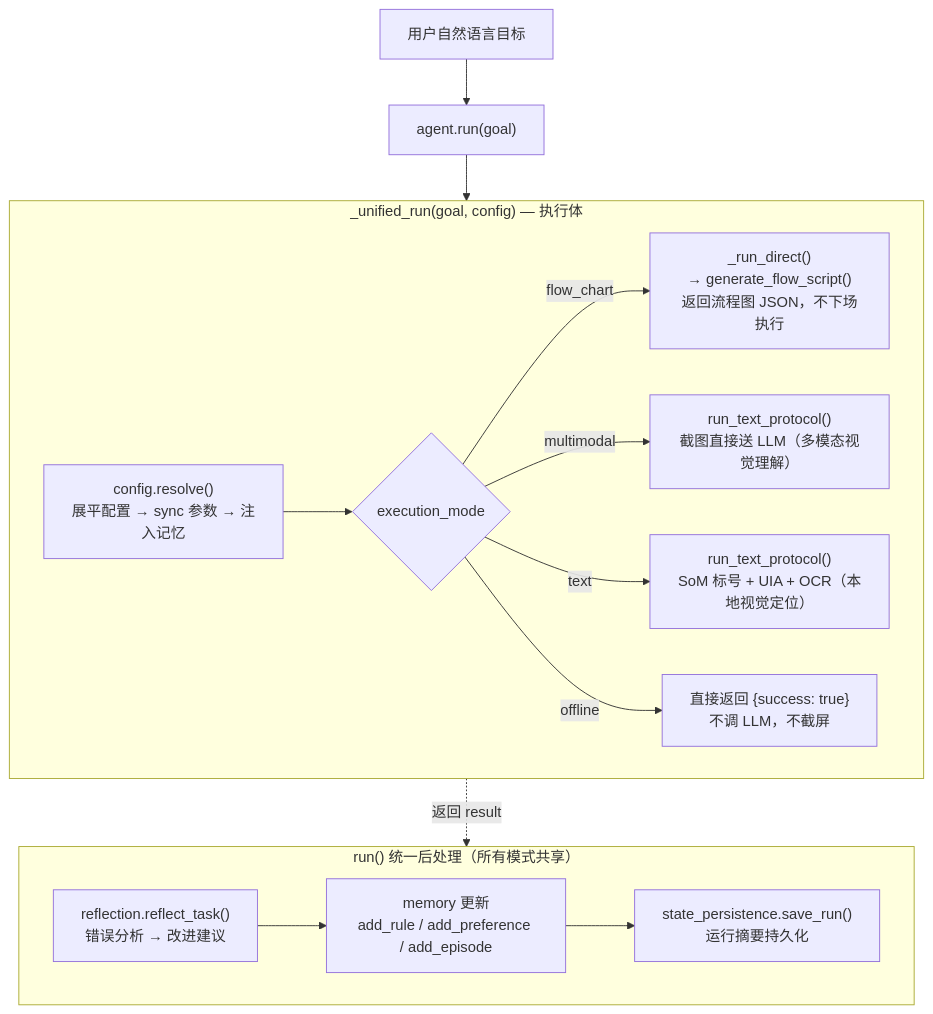
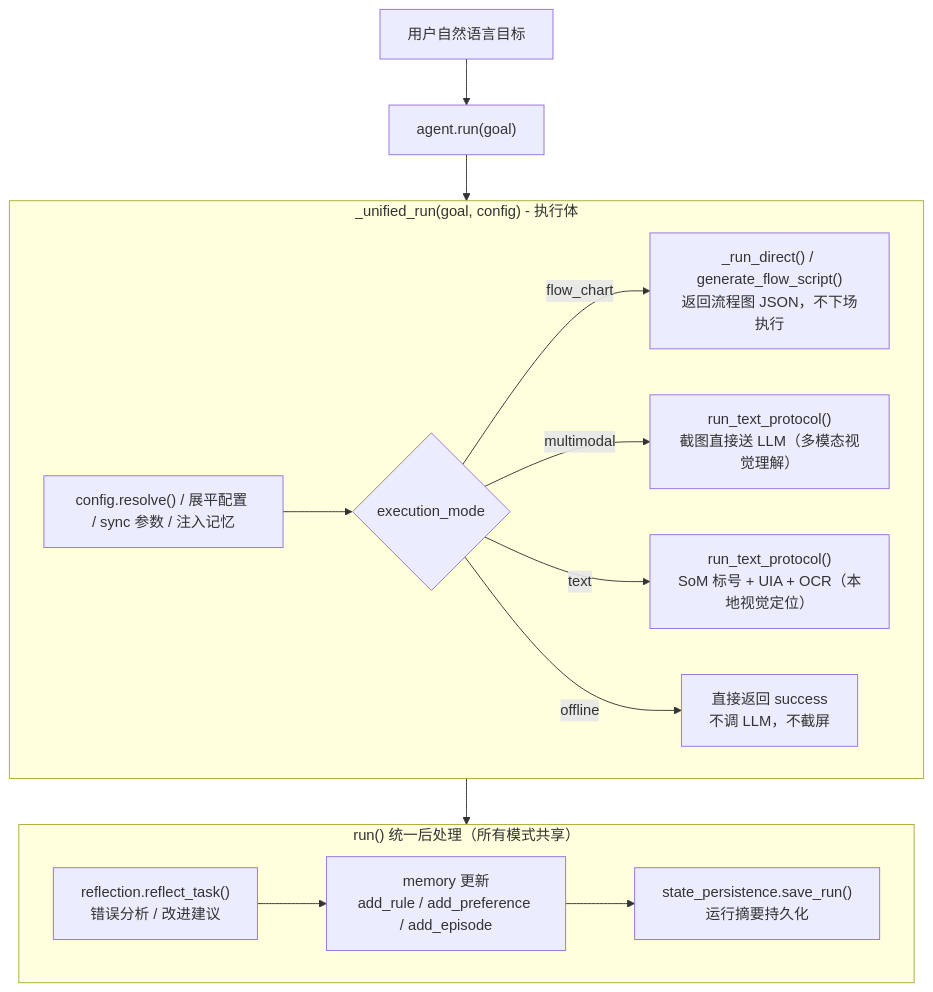
One commit to zoujiapeng/lingdong-script changed the first of 5 diagrams in docs/agent-runtime.md. Above: the diagram before and after it, drawn with Mermaid.

Commit message:
fix: mermaid图花括号导致GitHub渲染失败

````diff
--- a/docs/agent-runtime.md
+++ b/docs/agent-runtime.md
@@ -10,23 +10,24 @@
 ```mermaid
 graph TB
     User["用户自然语言目标"] --> Run["agent.run(goal)"]
 
-    subgraph UR["_unified_run(goal, config) — 执行体"]
-        S["config.resolve()<br/>展平配置 → sync 参数 → 注入记忆"]
+    subgraph UR["_unified_run(goal, config) - 执行体"]
+        S["config.resolve() / 展平配置 / sync 参数 / 注入记忆"]
         D{"execution_mode"}
         S --> D
-        D -->|flow_chart| FC["_run_direct()<br/>→ generate_flow_script()<br/>返回流程图 JSON，不下场执行"]
+        D -->|flow_chart| FC["_run_direct() / generate_flow_script()<br/>返回流程图 JSON，不下场执行"]
         D -->|multimodal| MM["run_text_protocol()<br/>截图直接送 LLM（多模态视觉理解）"]
         D -->|text| TX["run_text_protocol()<br/>SoM 标号 + UIA + OCR（本地视觉定位）"]
-        D -->|offline| OFF["直接返回 {success: true}<br/>不调 LLM，不截屏"]
+        D -->|offline| OFF["直接返回 success<br/>不调 LLM，不截屏"]
     end
 
     subgraph PT["run() 统一后处理（所有模式共享）"]
-        P1["reflection.reflect_task()<br/>错误分析 → 改进建议"]
+        P1["reflection.reflect_task()<br/>错误分析 / 改进建议"]
         P2["memory 更新<br/>add_rule / add_preference / add_episode"]
         P3["state_persistence.save_run()<br/>运行摘要持久化"]
         P1 --> P2 --> P3
     end
 
-    Run --> UR -.-> |返回 result| PT
+    Run --> UR
+    UR --> PT
 ```
````
